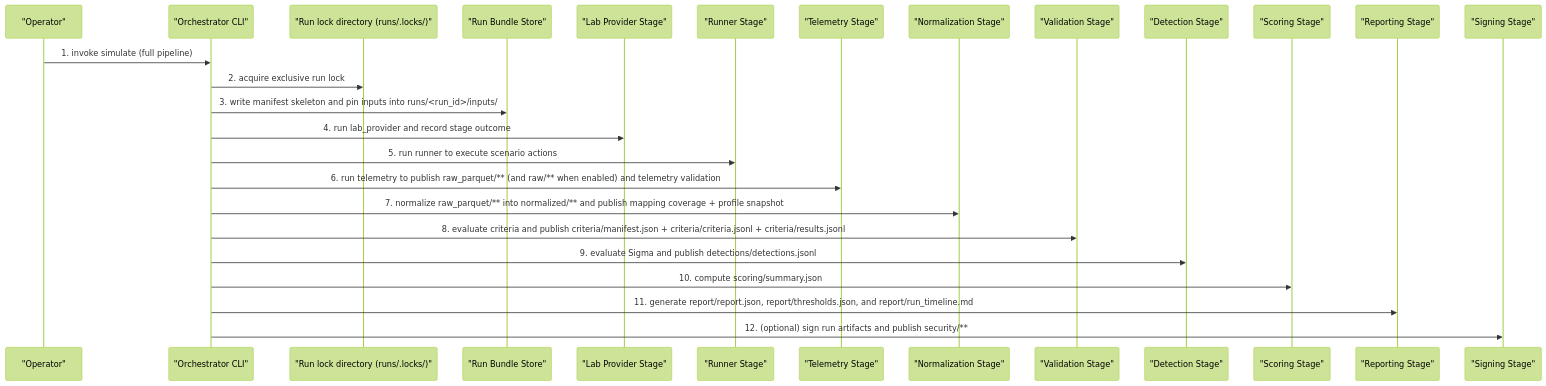
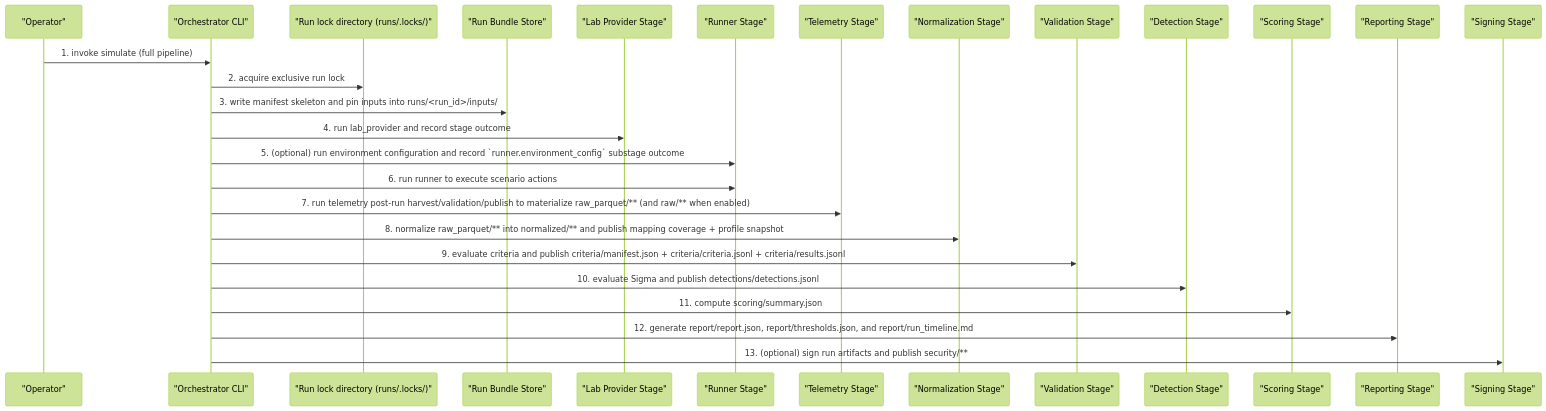
The diagram in docs/diagrams/generated/run_sequence.md (JochiRaider/purple-axiom), drawn with Mermaid (forest theme) before and after one commit. The commit also changed 10 other files, not shown here.

````diff
--- a/docs/diagrams/generated/run_sequence.md
+++ b/docs/diagrams/generated/run_sequence.md
@@ -3,28 +3,29 @@
 ```mermaid
 sequenceDiagram
   participant operator as "Operator"
   participant orchestrator_cli as "Orchestrator CLI"
   participant run_lock_dir as "Run lock directory (runs/.locks/)"
   participant run_bundle_store as "Run Bundle Store"
   participant lab_provider as "Lab Provider Stage"
   participant runner as "Runner Stage"
   participant telemetry as "Telemetry Stage"
   participant normalization as "Normalization Stage"
   participant validation as "Validation Stage"
   participant detection as "Detection Stage"
   participant scoring as "Scoring Stage"
   participant reporting as "Reporting Stage"
   participant signing as "Signing Stage"
   operator->>orchestrator_cli: 1. invoke simulate (full pipeline)
   orchestrator_cli->>run_lock_dir: 2. acquire exclusive run lock
   orchestrator_cli->>run_bundle_store: 3. write manifest skeleton and pin inputs into runs/#lt;run_id#gt;/inputs/
   orchestrator_cli->>lab_provider: 4. run lab_provider and record stage outcome
-  orchestrator_cli->>runner: 5. run runner to execute scenario actions
-  orchestrator_cli->>telemetry: 6. run telemetry to publish raw_parquet/** (and raw/** when enabled) and telemetry validation
-  orchestrator_cli->>normalization: 7. normalize raw_parquet/** into normalized/** and publish mapping coverage + profile snapshot
-  orchestrator_cli->>validation: 8. evaluate criteria and publish criteria/manifest.json + criteria/criteria.jsonl + criteria/results.jsonl
-  orchestrator_cli->>detection: 9. evaluate Sigma and publish detections/detections.jsonl
-  orchestrator_cli->>scoring: 10. compute scoring/summary.json
-  orchestrator_cli->>reporting: 11. generate report/report.json, report/thresholds.json, and report/run_timeline.md
-  orchestrator_cli->>signing: 12. (optional) sign run artifacts and publish security/**
+  orchestrator_cli->>runner: 5. (optional) run environment configuration and record `runner.environment_config` substage outcome
+  orchestrator_cli->>runner: 6. run runner to execute scenario actions
+  orchestrator_cli->>telemetry: 7. run telemetry post-run harvest/validation/publish to materialize raw_parquet/** (and raw/** when enabled)
+  orchestrator_cli->>normalization: 8. normalize raw_parquet/** into normalized/** and publish mapping coverage + profile snapshot
+  orchestrator_cli->>validation: 9. evaluate criteria and publish criteria/manifest.json + criteria/criteria.jsonl + criteria/results.jsonl
+  orchestrator_cli->>detection: 10. evaluate Sigma and publish detections/detections.jsonl
+  orchestrator_cli->>scoring: 11. compute scoring/summary.json
+  orchestrator_cli->>reporting: 12. generate report/report.json, report/thresholds.json, and report/run_timeline.md
+  orchestrator_cli->>signing: 13. (optional) sign run artifacts and publish security/**
 ```
````
